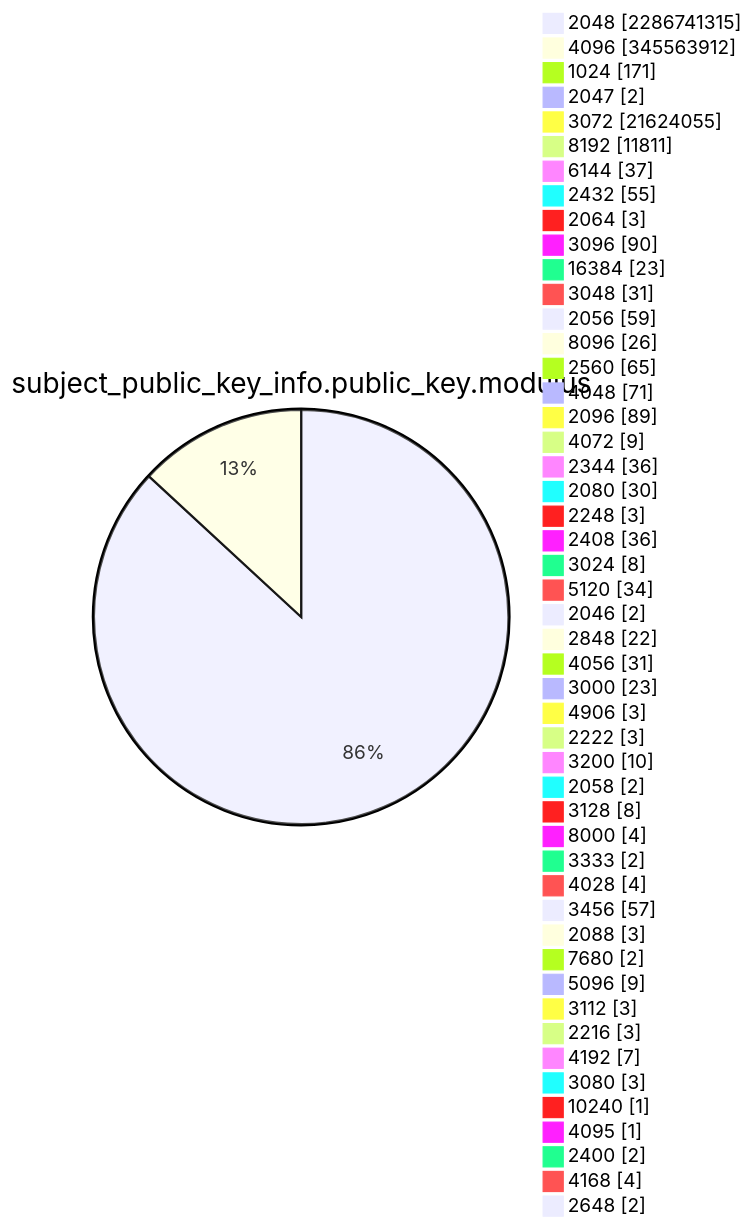
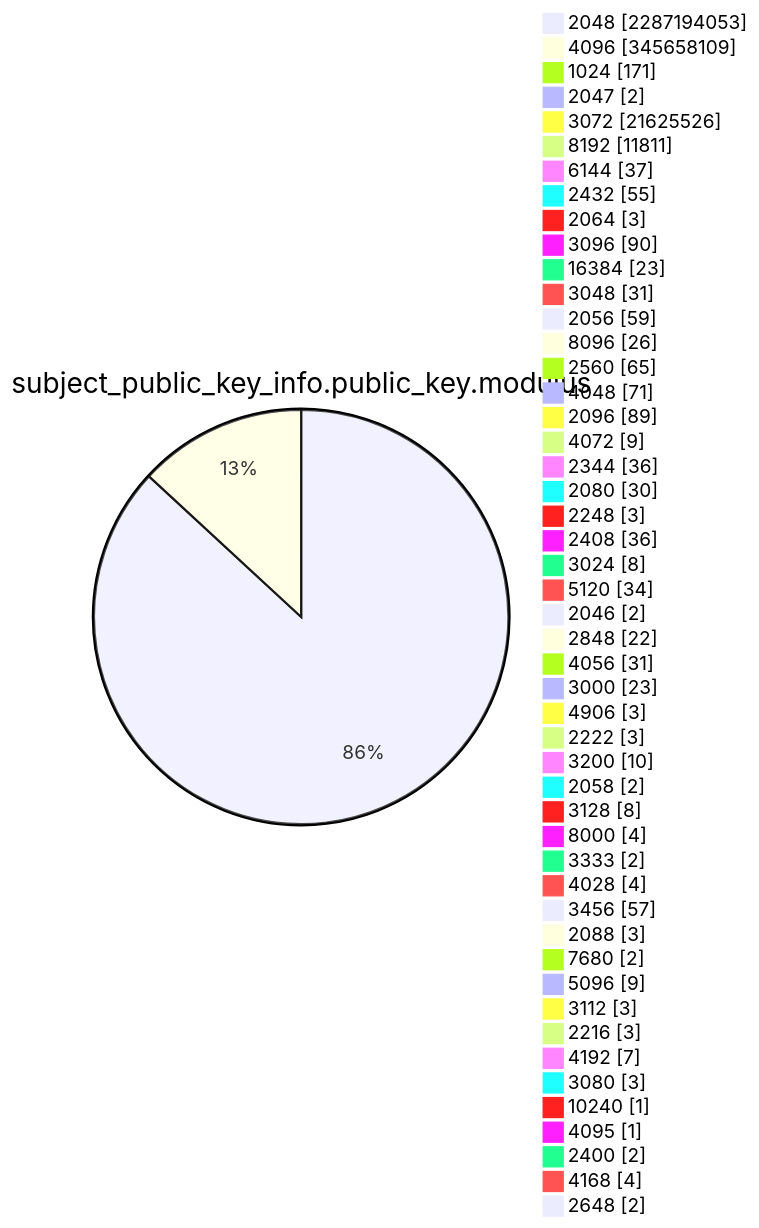
Diagram 13 of 15 in TOTAL/README.md (christiankrug/ctmonitor_visualization), drawn with Mermaid before and after one commit. The commit also changed other lines of this file, not shown here.

````diff
--- a/TOTAL/README.md
+++ b/TOTAL/README.md
@@ -4167,53 +4167,53 @@
 ```mermaid
 pie showData
 title subject_public_key_info.public_key.modulus
-"2048" :2286741315
-"4096" :345563912
+"2048" :2287194053
+"4096" :345658109
 "1024" :171
 "2047" :2
-"3072" :21624055
+"3072" :21625526
 "8192" :11811
 "6144" :37
 "2432" :55
 "2064" :3
 "3096" :90
 "16384" :23
 "3048" :31
 "2056" :59
 "8096" :26
 "2560" :65
 "4048" :71
 "2096" :89
 "4072" :9
 "2344" :36
 "2080" :30
 "2248" :3
 "2408" :36
 "3024" :8
 "5120" :34
 "2046" :2
 "2848" :22
 "4056" :31
 "3000" :23
 "4906" :3
 "2222" :3
 "3200" :10
 "2058" :2
 "3128" :8
 "8000" :4
 "3333" :2
 "4028" :4
 "3456" :57
 "2088" :3
 "7680" :2
 "5096" :9
 "3112" :3
 "2216" :3
 "4192" :7
 "3080" :3
 "10240" :1
 "4095" :1
 "2400" :2
 "4168" :4
 "2648" :2
 ```
````
